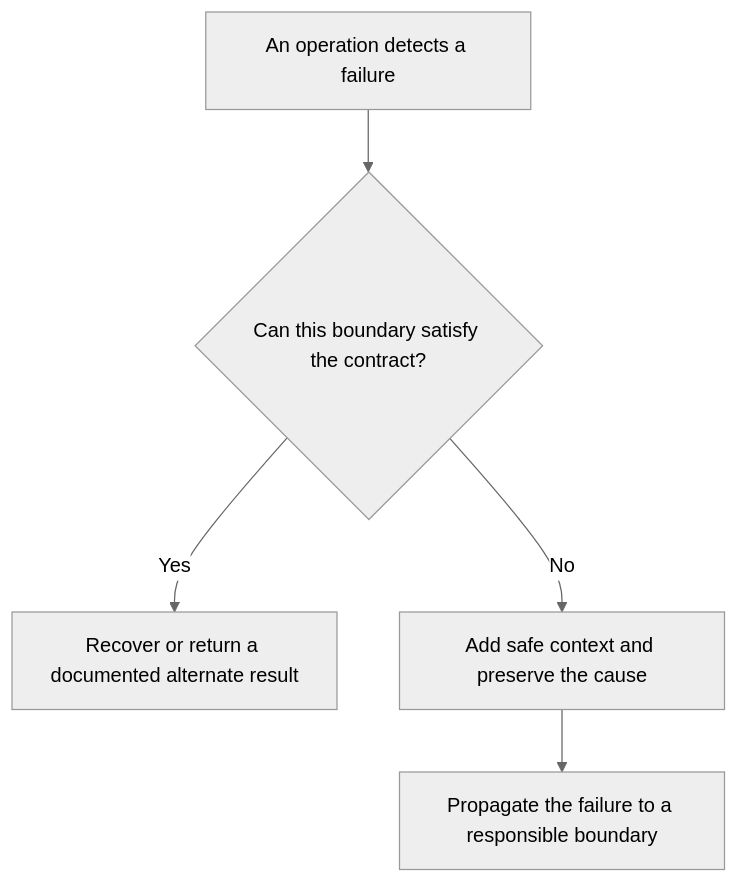
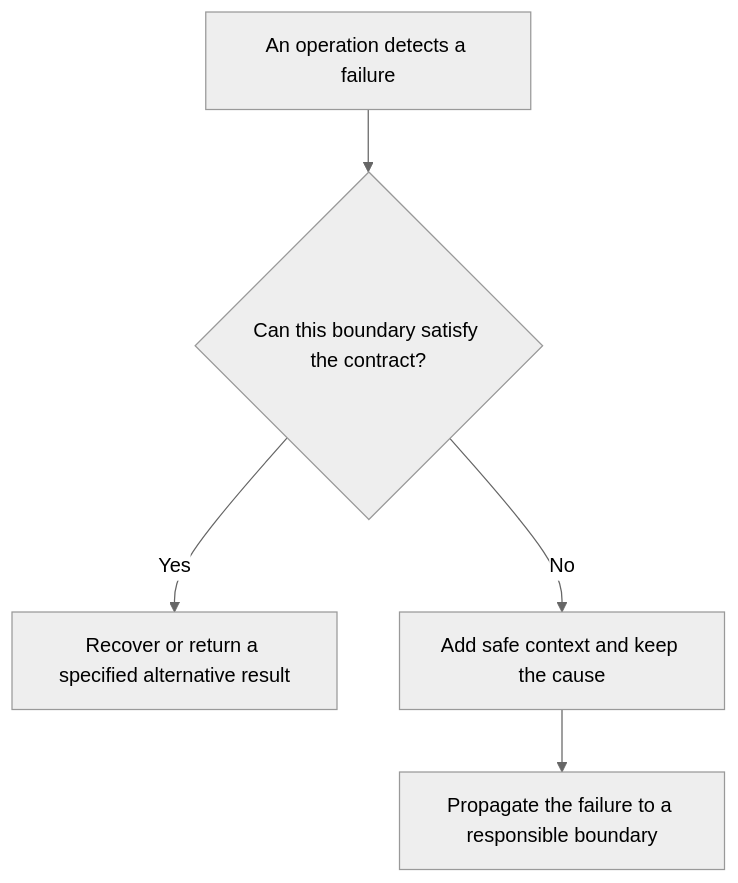
The diagram in docs/principles/details/p031-propagate-rather-than-swallow.md (HomericIntelligence/Athena), drawn with Mermaid (neutral theme) before and after one commit. The commit also changed other lines of this file and 91 other files, not shown here.

````diff
--- a/docs/principles/details/p031-propagate-rather-than-swallow.md
+++ b/docs/principles/details/p031-propagate-rather-than-swallow.md
@@ -39,7 +39,7 @@
 ```mermaid
 flowchart TD
     A["An operation detects a failure"] --> B{"Can this boundary satisfy the contract?"}
-    B -- "Yes" --> C["Recover or return a documented alternate result"]
-    B -- "No" --> D["Add safe context and preserve the cause"]
+    B -- "Yes" --> C["Recover or return a specified alternative result"]
+    B -- "No" --> D["Add safe context and keep the cause"]
     D --> E["Propagate the failure to a responsible boundary"]
 ```
````
